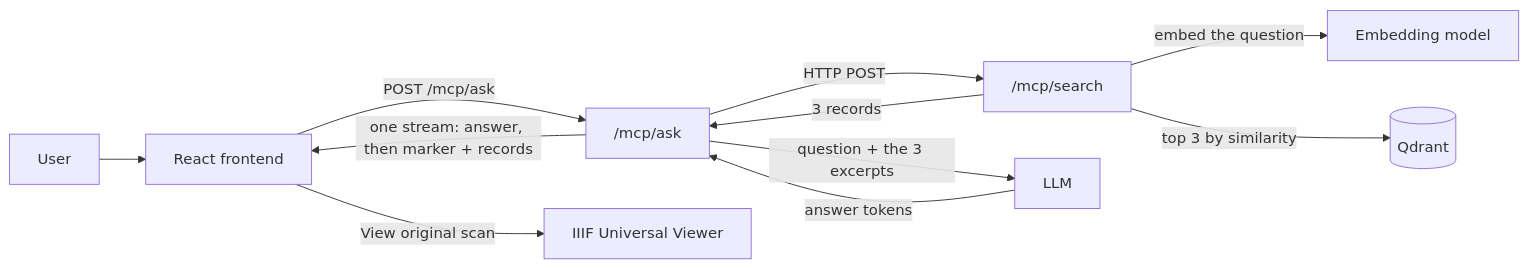
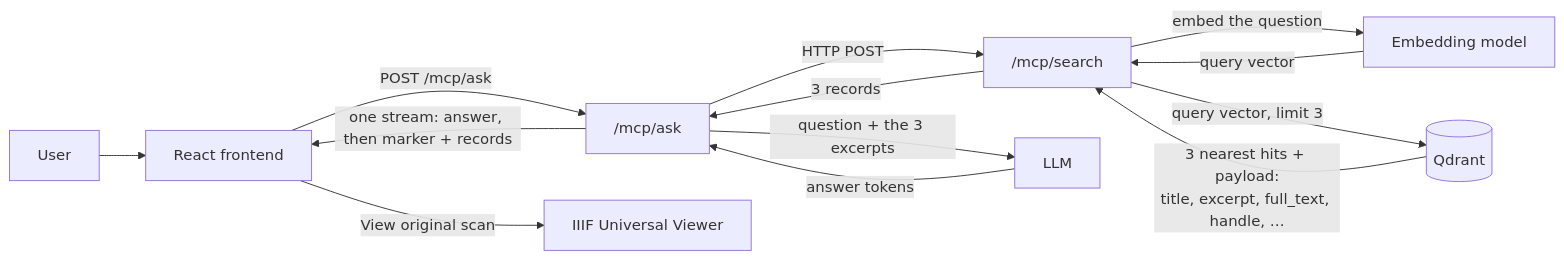
The second of 2 diagrams in README.md (Crispsec/Archive-RAG), drawn with Mermaid before and after one commit. The commit also changed other lines of this file, not shown here.

Commit message:
README: show Qdrant returning sources, note hard-coded top 3

````diff
--- a/README.md
+++ b/README.md
@@ -36,13 +36,15 @@
 ```mermaid
 flowchart LR
     U[User] --> F[React frontend]
     F -->|POST /mcp/ask| A["/mcp/ask"]
     A -->|HTTP POST| S["/mcp/search"]
     S -->|embed the question| E[Embedding model]
-    S -->|top 3 by similarity| Q[(Qdrant)]
+    E -->|query vector| S
+    S -->|query vector, limit 3| Q[(Qdrant)]
+    Q -->|3 nearest hits + payload:<br/>title, excerpt, full_text, handle, …| S
     S -->|3 records| A
     A -->|question + the 3 excerpts| L[LLM]
     L -->|answer tokens| A
     A -->|one stream: answer, then marker + records| F
     F -->|View original scan| V[IIIF Universal Viewer]
 ```
````
